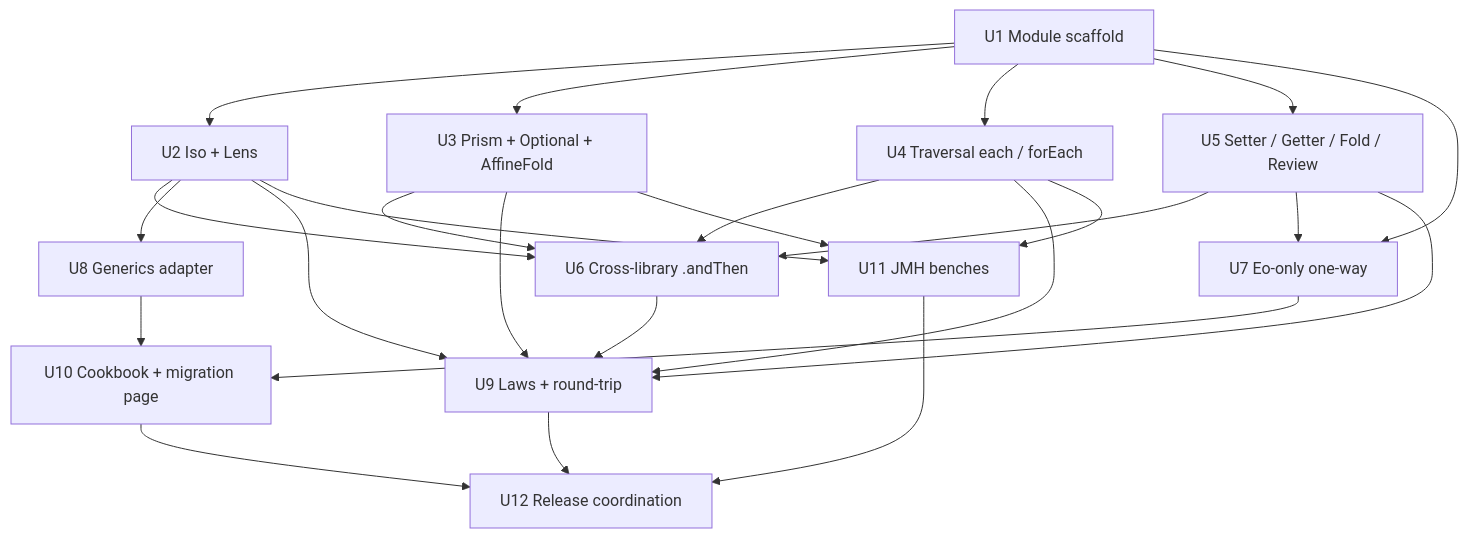
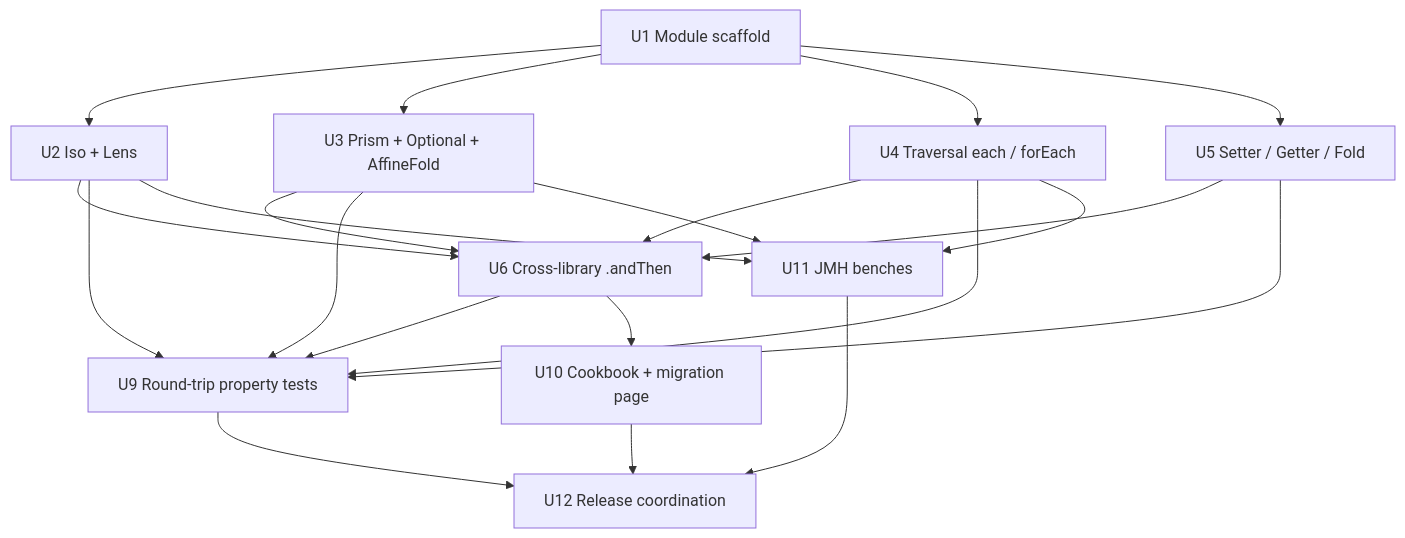
One commit to Constructive-Programming/eo changed the diagram in docs/plans/2026-04-25-008-feat-eo-monocle-interop-module-plan.md. Above: the diagram before and after it, drawn with Mermaid. The commit also changed other lines of this file, not shown here.

````diff
--- a/docs/plans/2026-04-25-008-feat-eo-monocle-interop-module-plan.md
+++ b/docs/plans/2026-04-25-008-feat-eo-monocle-interop-module-plan.md
@@ -900,27 +872,23 @@
 ```mermaid
 flowchart TB
   U1[U1 Module scaffold] --> U2[U2 Iso + Lens]
   U1 --> U3[U3 Prism + Optional + AffineFold]
   U1 --> U4[U4 Traversal each / forEach]
-  U1 --> U5[U5 Setter / Getter / Fold / Review]
+  U1 --> U5[U5 Setter / Getter / Fold]
   U2 --> U6[U6 Cross-library .andThen]
   U3 --> U6
   U4 --> U6
   U5 --> U6
-  U1 --> U7[U7 Eo-only one-way]
-  U5 --> U7
-  U2 --> U8[U8 Generics adapter]
-  U2 --> U9[U9 Laws + round-trip]
+  U2 --> U9[U9 Round-trip property tests]
   U3 --> U9
   U4 --> U9
   U5 --> U9
   U6 --> U9
-  U7 --> U10[U10 Cookbook + migration page]
-  U8 --> U10
+  U6 --> U10[U10 Cookbook + migration page]
   U2 --> U11[U11 JMH benches]
   U3 --> U11
   U4 --> U11
   U9 --> U12[U12 Release coordination]
   U10 --> U12
   U11 --> U12
 ```
````
